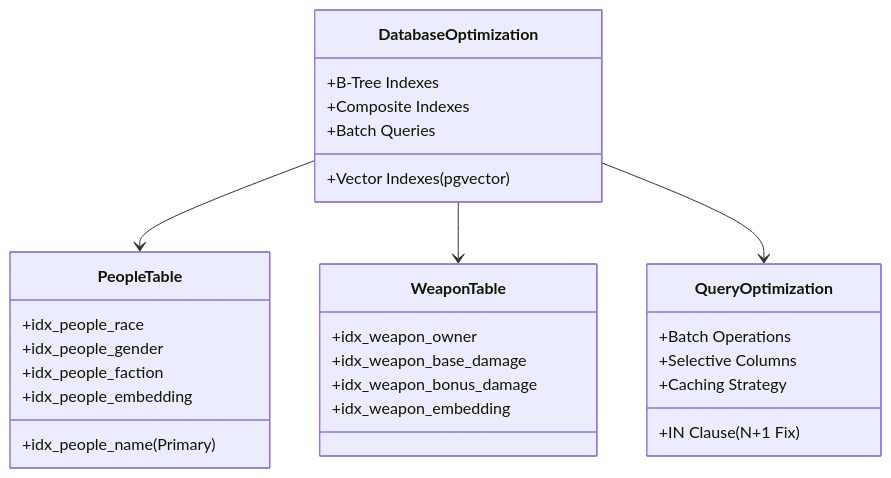
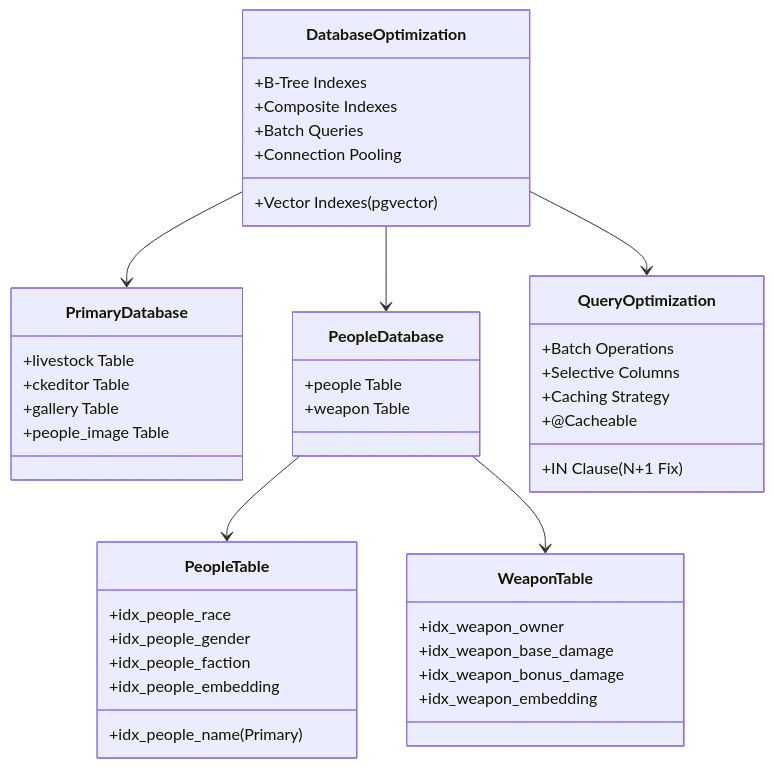
Before and after one commit to Vinskao/ty-multiverse-backend: the third of 10 diagrams in README.md, drawn with Mermaid. The commit also changed other lines of this file, not shown here.

Commit message:
info: update graph

````diff
--- a/README.md
+++ b/README.md
@@ -204,35 +159,51 @@
 ```mermaid
 classDiagram
     class DatabaseOptimization {
         +B-Tree Indexes
         +Composite Indexes
         +Vector Indexes (pgvector)
         +Batch Queries
+        +Connection Pooling
+    }
+    
+    class PrimaryDatabase {
+        +livestock Table
+        +ckeditor Table
+        +gallery Table
+        +people_image Table
+    }
+    
+    class PeopleDatabase {
+        +people Table
+        +weapon Table
     }
     
     class PeopleTable {
         +idx_people_name (Primary)
         +idx_people_race
         +idx_people_gender
         +idx_people_faction
         +idx_people_embedding
     }
     
     class WeaponTable {
         +idx_weapon_owner
         +idx_weapon_base_damage
         +idx_weapon_bonus_damage
         +idx_weapon_embedding
     }
     
     class QueryOptimization {
         +IN Clause (N+1 Fix)
         +Batch Operations
         +Selective Columns
         +Caching Strategy
+        +@Cacheable
     }
     
-    DatabaseOptimization --> PeopleTable
-    DatabaseOptimization --> WeaponTable
+    DatabaseOptimization --> PrimaryDatabase
+    DatabaseOptimization --> PeopleDatabase
+    PeopleDatabase --> PeopleTable
+    PeopleDatabase --> WeaponTable
     DatabaseOptimization --> QueryOptimization
 ```
````
